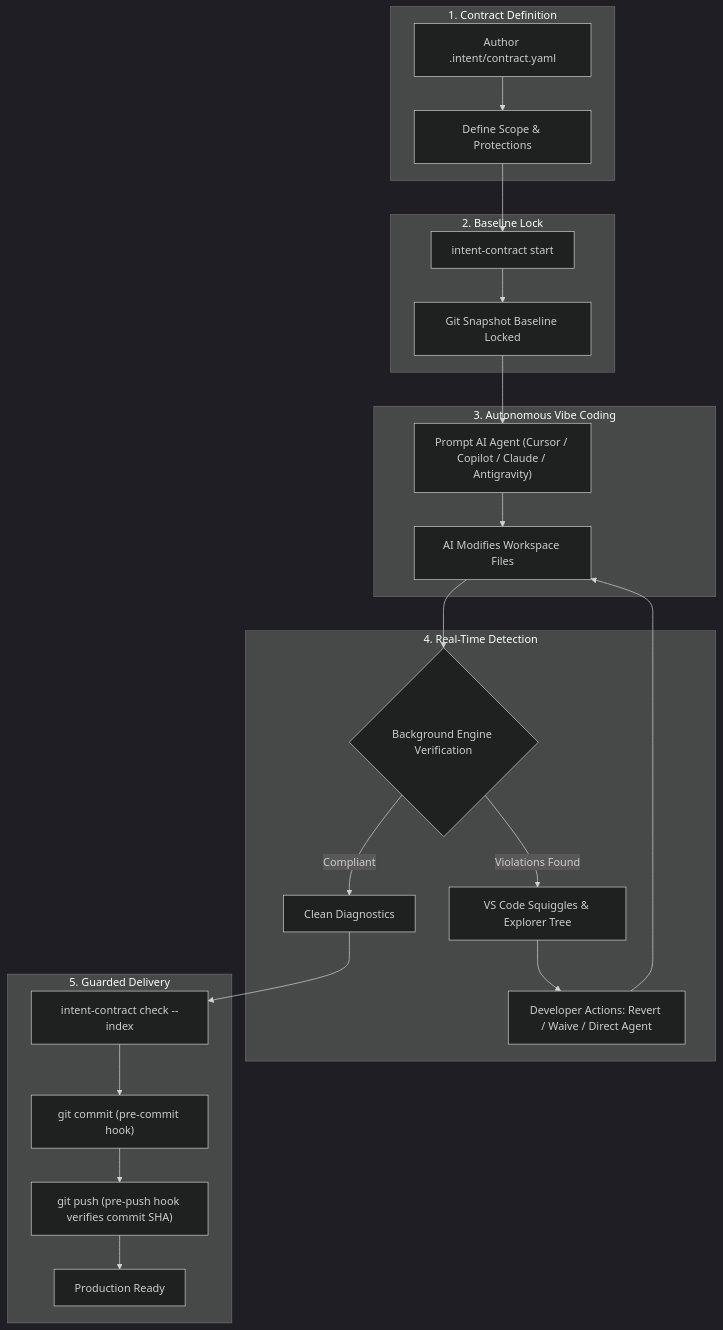
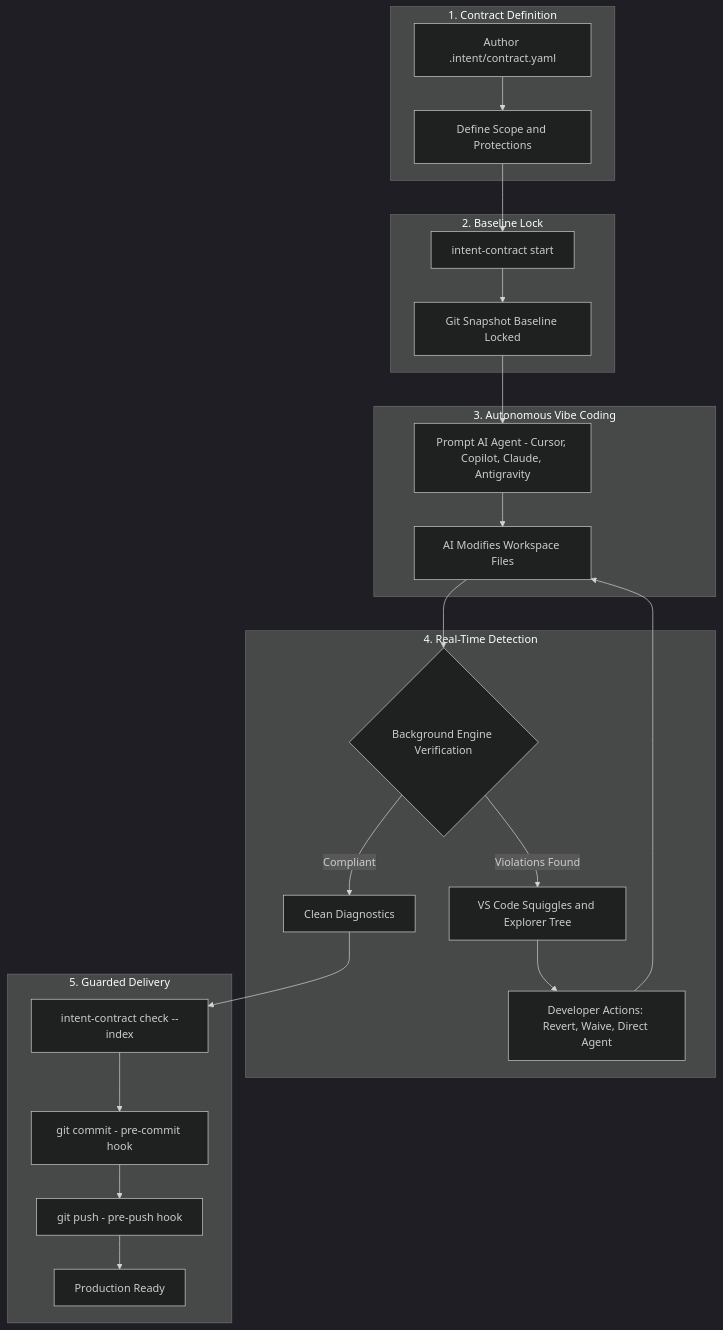
One commit to anilkumar4/intent-contract-vs-ext changed the diagram in docs/vibe-coding-guide.md. Above: the diagram before and after it, drawn with Mermaid (dark theme). The commit also changed 6 other files, not shown here.

First line of the commit message:
fix(ui,docs): use native monochromatic SVG activity bar icon and fix mermaid flowchart subgraph layout

````diff
--- a/docs/vibe-coding-guide.md
+++ b/docs/vibe-coding-guide.md
@@ -22,27 +22,42 @@
 ```mermaid
 flowchart TD
     subgraph S1["1. Contract Definition"]
-        A["Author .intent/contract.yaml"] --> B["Define Scope & Protections"]
+        A["Author .intent/contract.yaml"]
+        B["Define Scope and Protections"]
+        A --> B
     end
     subgraph S2["2. Baseline Lock"]
-        B --> C["intent-contract start"]
-        C --> D["Git Snapshot Baseline Locked"]
+        C["intent-contract start"]
+        D["Git Snapshot Baseline Locked"]
+        C --> D
     end
     subgraph S3["3. Autonomous Vibe Coding"]
-        D --> E["Prompt AI Agent (Cursor / Copilot / Claude / Antigravity)"]
-        E --> F["AI Modifies Workspace Files"]
+        E["Prompt AI Agent - Cursor, Copilot, Claude, Antigravity"]
+        F["AI Modifies Workspace Files"]
+        E --> F
     end
     subgraph S4["4. Real-Time Detection"]
-        F --> G{"Background Engine Verification"}
-        G -->|"Violations Found"| H["VS Code Squiggles & Explorer Tree"]
-        H --> I["Developer Actions: Revert / Waive / Direct Agent"]
-        I --> F
-        G -->|"Compliant"| J["Clean Diagnostics"]
+        G{"Background Engine Verification"}
+        H["VS Code Squiggles and Explorer Tree"]
+        I["Developer Actions: Revert, Waive, Direct Agent"]
+        J["Clean Diagnostics"]
+        G -->|"Violations Found"| H
+        H --> I
+        G -->|"Compliant"| J
     end
     subgraph S5["5. Guarded Delivery"]
-        J --> K["intent-contract check --index"]
-        K --> L["git commit (pre-commit hook)"]
-        L --> M["git push (pre-push hook verifies commit SHA)"]
-        M --> N["Production Ready"]
+        K["intent-contract check --index"]
+        L["git commit - pre-commit hook"]
+        M["git push - pre-push hook"]
+        N["Production Ready"]
+        K --> L
+        L --> M
+        M --> N
     end
+
+    B --> C
+    D --> E
+    F --> G
+    I --> F
+    J --> K
 ```
````
